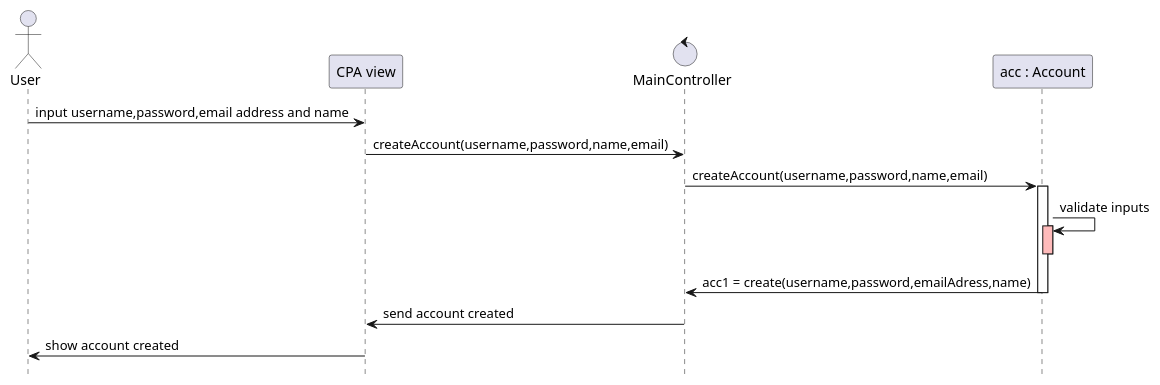
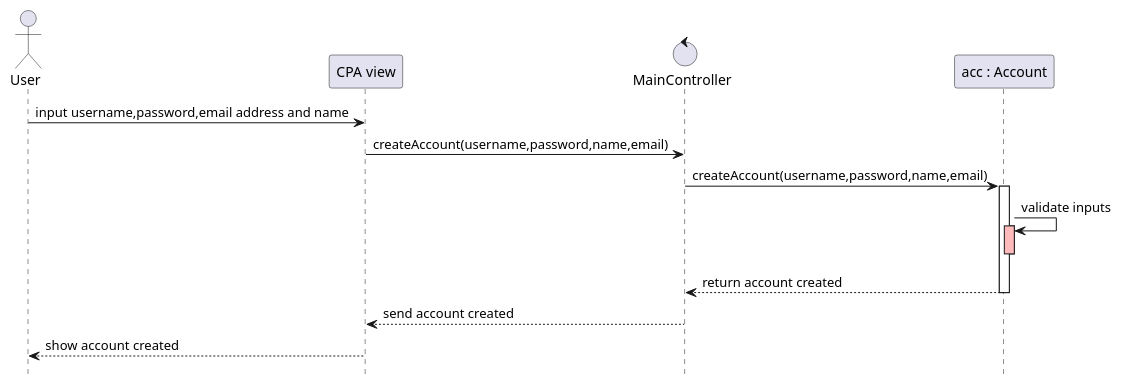
The second of 5 diagrams in doc/design.md (PriyaMulla/Carpool-Connect-VC), drawn with PlantUML before and after one commit. The commit also changed other lines of this file, not shown here.

Commit message:
Edited seq diagrams

````diff
--- a/doc/design.md
+++ b/doc/design.md
@@ -62,31 +62,31 @@
 ```plantuml
 @startuml
 hide footbox
 
 'ACTORS
 actor User as user
 participant "CPA view" as system
 control "MainController" as controller
 participant "acc : Account" as account
 
 
 
 user -> system : input username,password,email address and name 
 system -> controller : createAccount(username,password,name,email)
 controller -> account : createAccount(username,password,name,email)
 
 activate account
 
 account -> account : validate inputs
 activate account #FFBBBB
 
 deactivate account
 
-account -> controller : acc1 = create(username,password,emailAdress,name)
+account --> controller : return account created
 deactivate account
-controller -> system : send account created
-system -> user : show account created
+controller --> system : send account created
+system --> user : show account created
 
 
 @enduml
 ```
````
